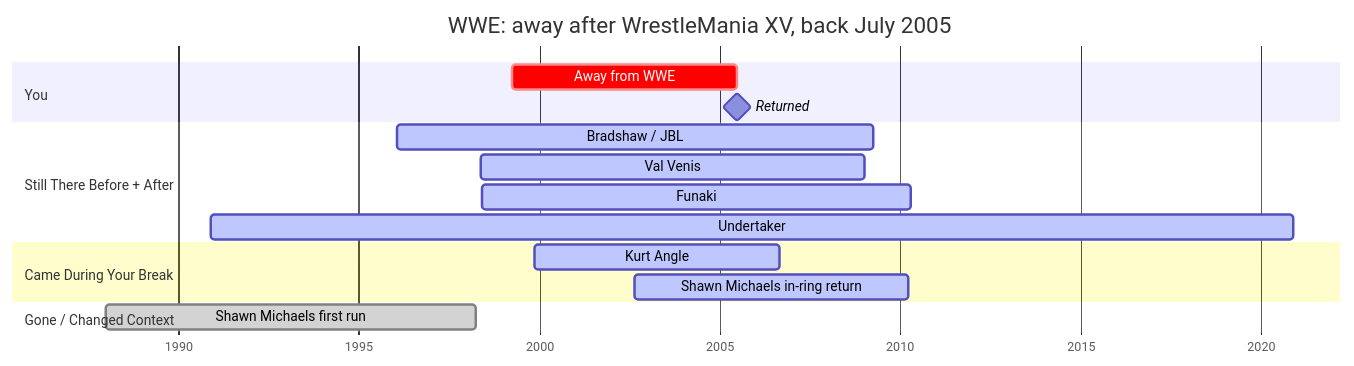
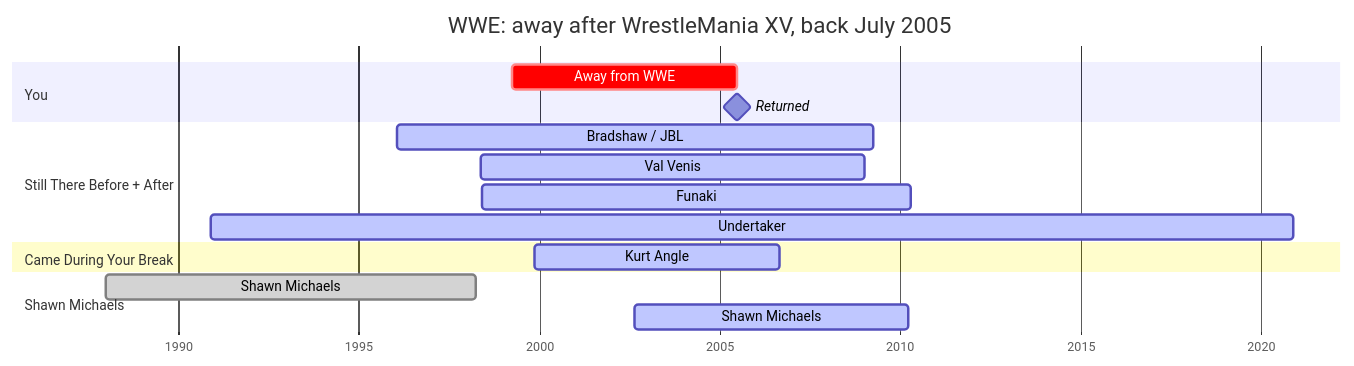
Before and after one commit to sarnobat/mermaid: the first of 14 diagrams in README.md, drawn with Mermaid. The commit also changed other lines of this file, not shown here.

Commit message:
Refactor README.md for clarity and organization
Removed duplicate 2026 header and reorganized Shawn Michaels section.

````diff
--- a/README.md
+++ b/README.md
@@ -9,23 +7,23 @@
 ```mermaid
 gantt
     title WWE: away after WrestleMania XV, back July 2005
     dateFormat  YYYY-MM-DD
     axisFormat  %Y
 
     section You
     Away from WWE                 :crit, 1999-03-29, 2005-07-01
     Returned                      :milestone, 2005-07-01, 0d
 
     section Still There Before + After
     Bradshaw / JBL                :active, 1996-01-27, 2009-04-05
     Val Venis                     :active, 1998-05-18, 2009-01-09
     Funaki                        :active, 1998-06-01, 2010-04-22
     Undertaker                    :active, 1990-11-22, 2020-11-22
 
     section Came During Your Break
     Kurt Angle                    :active, 1999-11-14, 2006-08-25
-    Shawn Michaels in-ring return :active, 2002-08-25, 2010-03-28
 
-    section Gone / Changed Context
-    Shawn Michaels first run      :done, 1988-01-01, 1998-03-29
+    section Shawn Michaels
+    Shawn Michaels                :done, 1988-01-01, 1998-03-29
+    Shawn Michaels                :active, 2002-08-25, 2010-03-28
 ```
````
